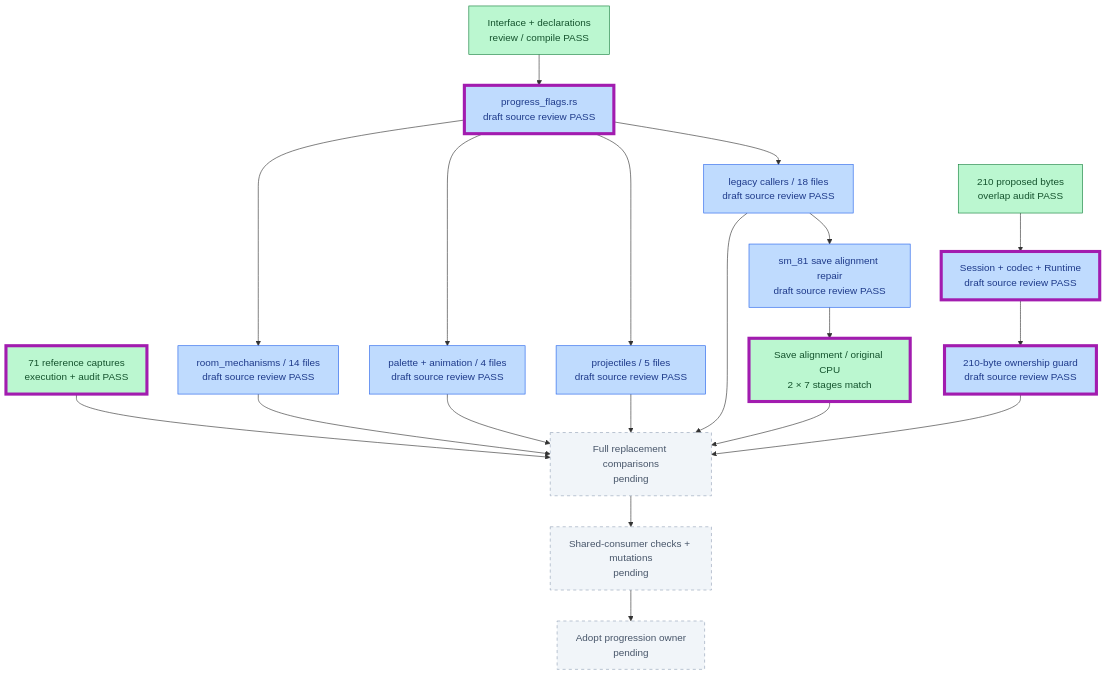
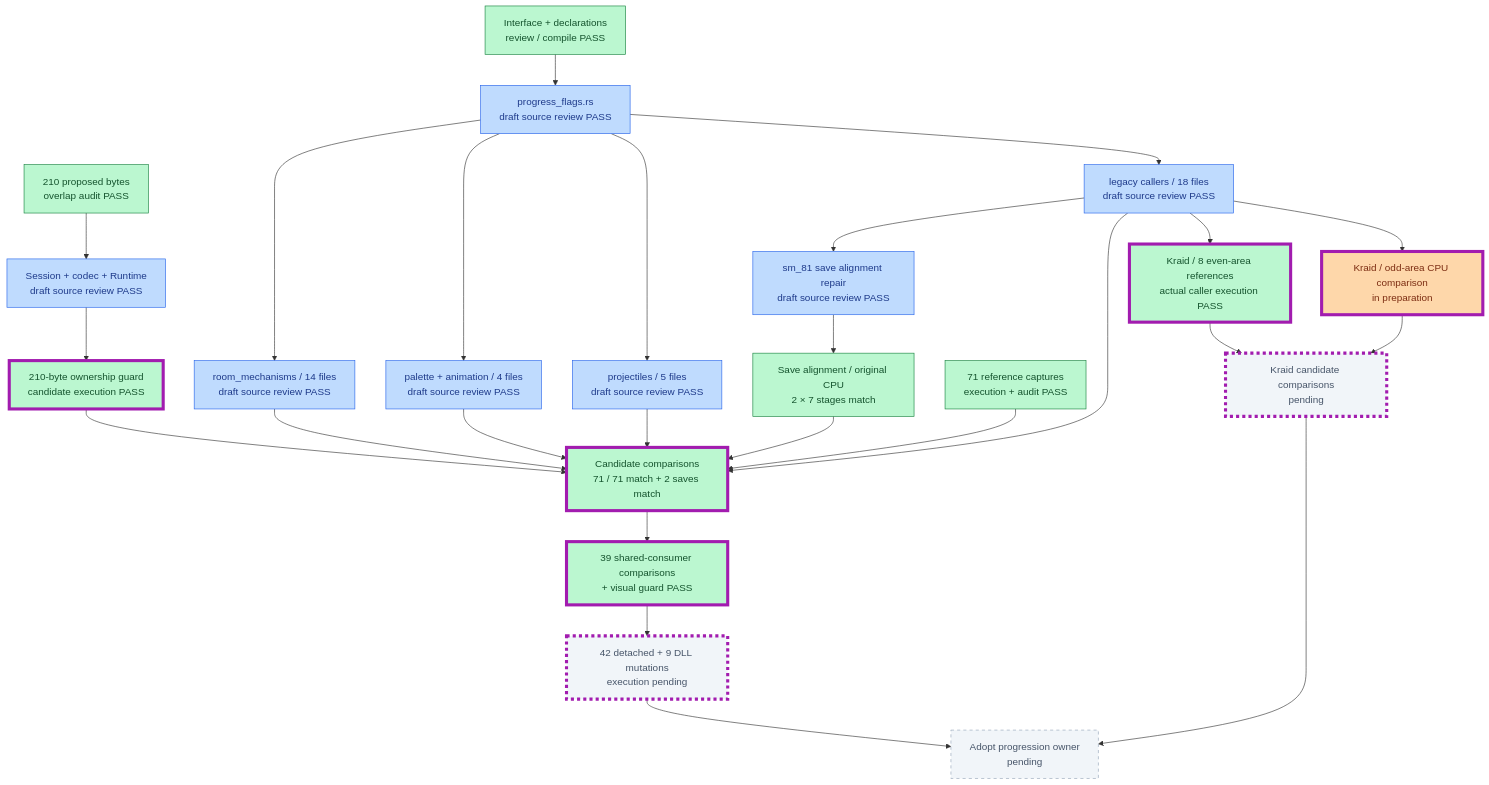
Before and after one commit to JimLundin/sm-decomp: the second of 18 diagrams in PROGRESS.md, drawn with Mermaid. The commit also changed 1 other file, not shown here.

Commit message:
Record passing flags candidate and remaining Kraid qualification [skip ci]
Static validation: git diff --check and sh tools/progress.sh pass; production counters unchanged. Publish 71 exact flag comparisons, two CPU-qualified saves, 39 shared comparisons and Runtime guards; eight defined Kraid reference captures pass. Candidate remains unadopted pending Kraid and hosted mutation checks.

````diff
--- a/PROGRESS.md
+++ b/PROGRESS.md
@@ -26,29 +26,35 @@
 ```mermaid
 flowchart TB
     FCONTRACT["Interface + declarations<br/>review / compile PASS"]:::done
     FUNION["210 proposed bytes<br/>overlap audit PASS"]:::done
     FCONTRACT --> FCORE["progress_flags.rs<br/>draft source review PASS"]:::draft
     FUNION --> FCODEC["Session + codec + Runtime<br/>draft source review PASS"]:::draft
     FCORE --> FPLM["room_mechanisms / 14 files<br/>draft source review PASS"]:::draft
     FCORE --> FVIS["palette + animation / 4 files<br/>draft source review PASS"]:::draft
     FCORE --> FEPR["projectiles / 5 files<br/>draft source review PASS"]:::draft
     FCORE --> FLEG["legacy callers / 18 files<br/>draft source review PASS"]:::draft
     FLEG --> FSAVE["sm_81 save alignment repair<br/>draft source review PASS"]:::draft
     FSAVE --> FCPU["Save alignment / original CPU<br/>2 × 7 stages match"]:::done
-    FCODEC --> FGUARD["210-byte ownership guard<br/>draft source review PASS"]:::draft
-    FBASE["71 reference captures<br/>execution + audit PASS"]:::done --> FCHECK["Full replacement comparisons<br/>pending"]:::pending
+    FCODEC --> FGUARD["210-byte ownership guard<br/>candidate execution PASS"]:::done
+    FBASE["71 reference captures<br/>execution + audit PASS"]:::done --> FCHECK["Candidate comparisons<br/>71 / 71 match + 2 saves match"]:::done
     FPLM --> FCHECK
     FVIS --> FCHECK
     FEPR --> FCHECK
     FLEG --> FCHECK
     FCPU --> FCHECK
     FGUARD --> FCHECK
-    FCHECK --> FMUT["Shared-consumer checks + mutations<br/>pending"]:::pending
+    FCHECK --> FSHARED["39 shared-consumer comparisons<br/>+ visual guard PASS"]:::done
+    FLEG --> FKEVEN["Kraid / 8 even-area references<br/>actual caller execution PASS"]:::done
+    FLEG --> FKODD["Kraid / odd-area CPU comparison<br/>in preparation"]:::active
+    FSHARED --> FMUT["42 detached + 9 DLL mutations<br/>execution pending"]:::pending
+    FKEVEN --> FKCOMPARE["Kraid candidate comparisons<br/>pending"]:::pending
+    FKODD --> FKCOMPARE
+    FKCOMPARE --> FADOPT
     FMUT --> FADOPT["Adopt progression owner<br/>pending"]:::pending
-    class FCORE,FCODEC,FCPU,FGUARD,FBASE changed
+    class FGUARD,FCHECK,FSHARED,FKEVEN,FKODD,FKCOMPARE,FMUT changed
     classDef done fill:#bbf7d0,stroke:#15803d,color:#14532d
     classDef draft fill:#bfdbfe,stroke:#2563eb,color:#1e3a8a
     classDef active fill:#fed7aa,stroke:#ea580c,color:#7c2d12
     classDef pending fill:#f1f5f9,stroke:#94a3b8,color:#475569,stroke-dasharray:5 5
     classDef changed stroke:#a21caf,stroke-width:5px
 ```
````
